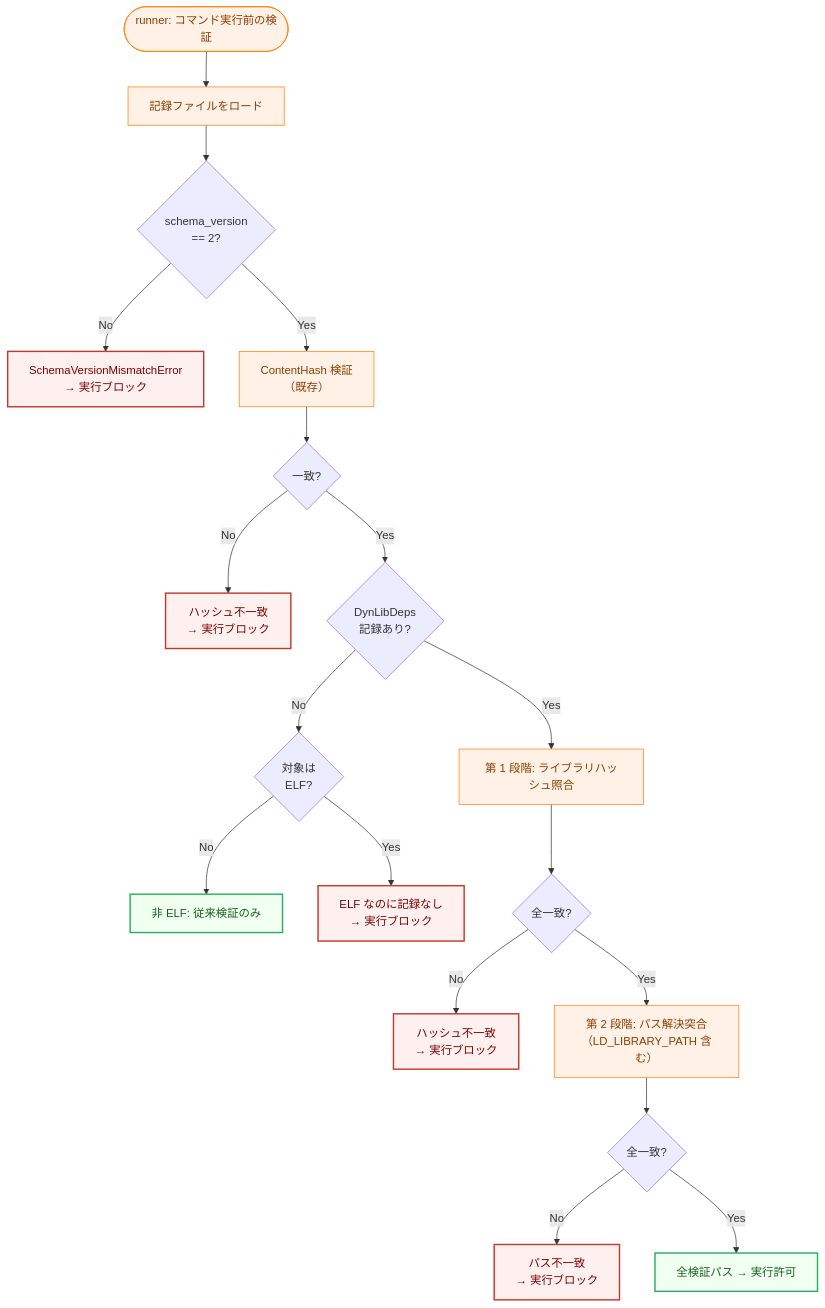
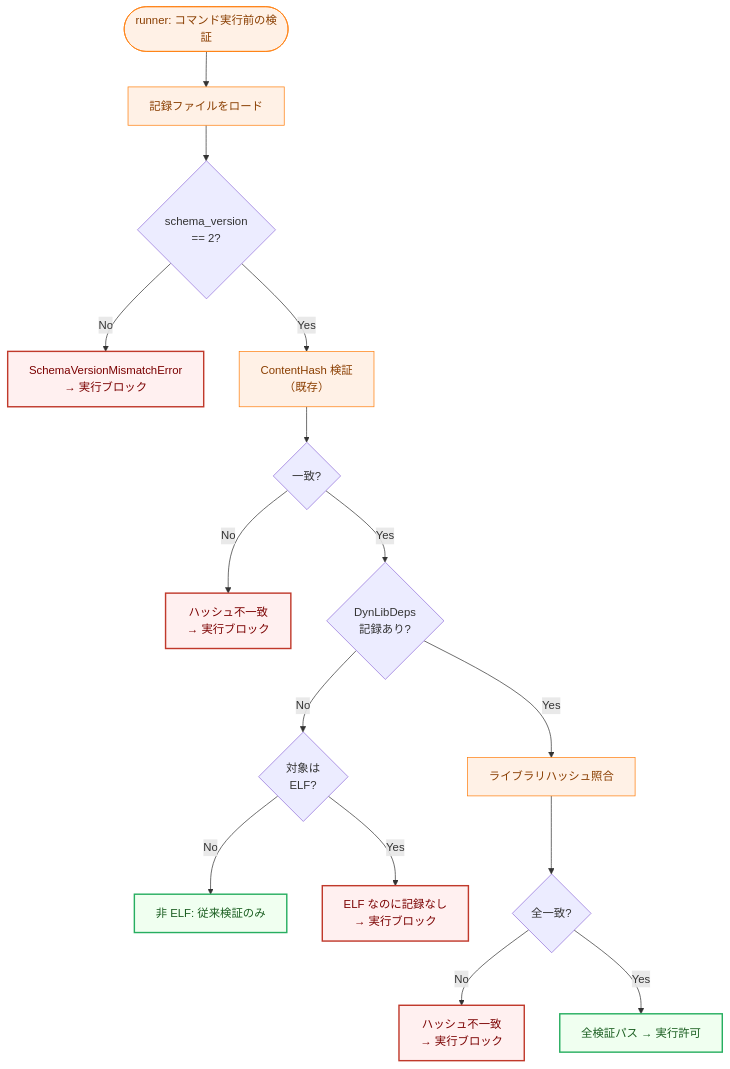
Before and after one commit to isseis/go-safe-cmd-runner: the eighth of 11 diagrams in docs/tasks/0074_elf_dynlib_integrity/02_architecture.md, drawn with Mermaid. The commit also changed other lines of this file and 3 other files, not shown here.

First line of the commit message:
Update task docs to reflect CurrentSchemaVersion=2 and no-Stage-2 design

````diff
--- a/docs/tasks/0074_elf_dynlib_integrity/02_architecture.md
+++ b/docs/tasks/0074_elf_dynlib_integrity/02_architecture.md
@@ -748,52 +656,45 @@
 ```mermaid
 flowchart TD
     classDef process fill:#fff1e6,stroke:#ff7f0e,stroke-width:1px,color:#8a3e00;
     classDef highRisk fill:#fff0f0,stroke:#c0392b,stroke-width:2px,color:#7b0000;
     classDef safe fill:#f0fff0,stroke:#27ae60,stroke-width:2px,color:#1a5e20;
 
     Start(["runner: コマンド実行前の検証"])
     LoadRecord["記録ファイルをロード"]
     CheckSchema{"schema_version<br/>== 2?"}
     SchemaError["SchemaVersionMismatchError<br/>→ 実行ブロック"]
 
     VerifyHash["ContentHash 検証<br/>（既存）"]
     HashOK{"一致?"}
     HashFail["ハッシュ不一致<br/>→ 実行ブロック"]
 
     CheckDynLib{"DynLibDeps<br/>記録あり?"}
     CheckELF{"対象は<br/>ELF?"}
     NonELFOK["非 ELF: 従来検証のみ"]
     ELFNoRecord["ELF なのに記録なし<br/>→ 実行ブロック"]
 
-    Stage1["第 1 段階: ライブラリハッシュ照合"]
-    Stage1OK{"全一致?"}
-    Stage1Fail["ハッシュ不一致<br/>→ 実行ブロック"]
-
-    Stage2["第 2 段階: パス解決突合<br/>（LD_LIBRARY_PATH 含む）"]
-    Stage2OK{"全一致?"}
-    Stage2Fail["パス不一致<br/>→ 実行ブロック"]
+    HashLib["ライブラリハッシュ照合"]
+    HashLibOK{"全一致?"}
+    HashLibFail["ハッシュ不一致<br/>→ 実行ブロック"]
 
     AllOK["全検証パス → 実行許可"]
 
     Start --> LoadRecord
     LoadRecord --> CheckSchema
     CheckSchema -->|"No"| SchemaError
     CheckSchema -->|"Yes"| VerifyHash
     VerifyHash --> HashOK
     HashOK -->|"No"| HashFail
     HashOK -->|"Yes"| CheckDynLib
-    CheckDynLib -->|"Yes"| Stage1
+    CheckDynLib -->|"Yes"| HashLib
     CheckDynLib -->|"No"| CheckELF
     CheckELF -->|"No"| NonELFOK
     CheckELF -->|"Yes"| ELFNoRecord
-    Stage1 --> Stage1OK
-    Stage1OK -->|"No"| Stage1Fail
-    Stage1OK -->|"Yes"| Stage2
-    Stage2 --> Stage2OK
-    Stage2OK -->|"No"| Stage2Fail
-    Stage2OK -->|"Yes"| AllOK
+    HashLib --> HashLibOK
+    HashLibOK -->|"No"| HashLibFail
+    HashLibOK -->|"Yes"| AllOK
 
-    class Start,LoadRecord,VerifyHash,Stage1,Stage2 process;
-    class SchemaError,HashFail,ELFNoRecord,Stage1Fail,Stage2Fail highRisk;
+    class Start,LoadRecord,VerifyHash,HashLib process;
+    class SchemaError,HashFail,ELFNoRecord,HashLibFail highRisk;
     class NonELFOK,AllOK safe;
 ```
````
